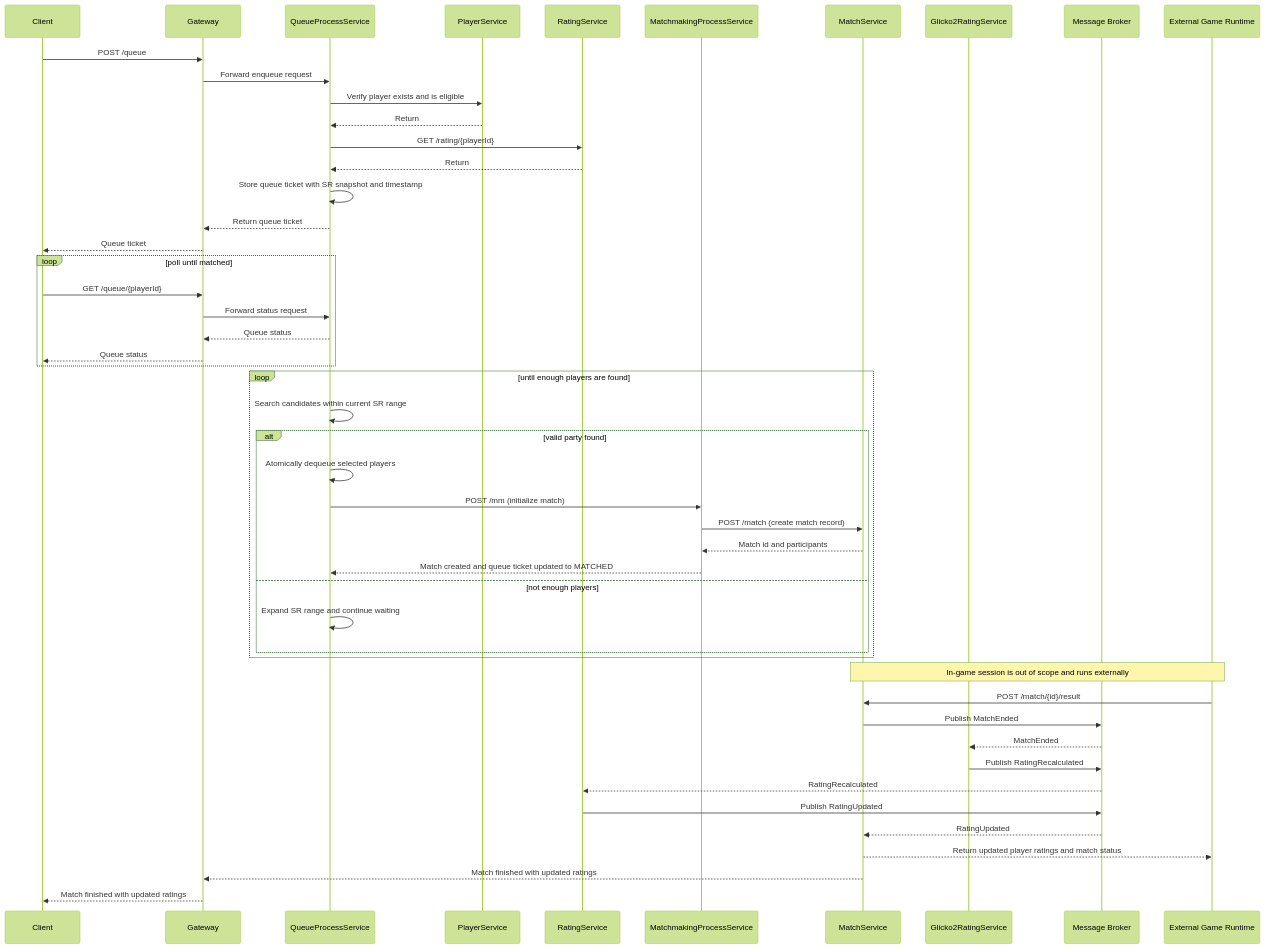
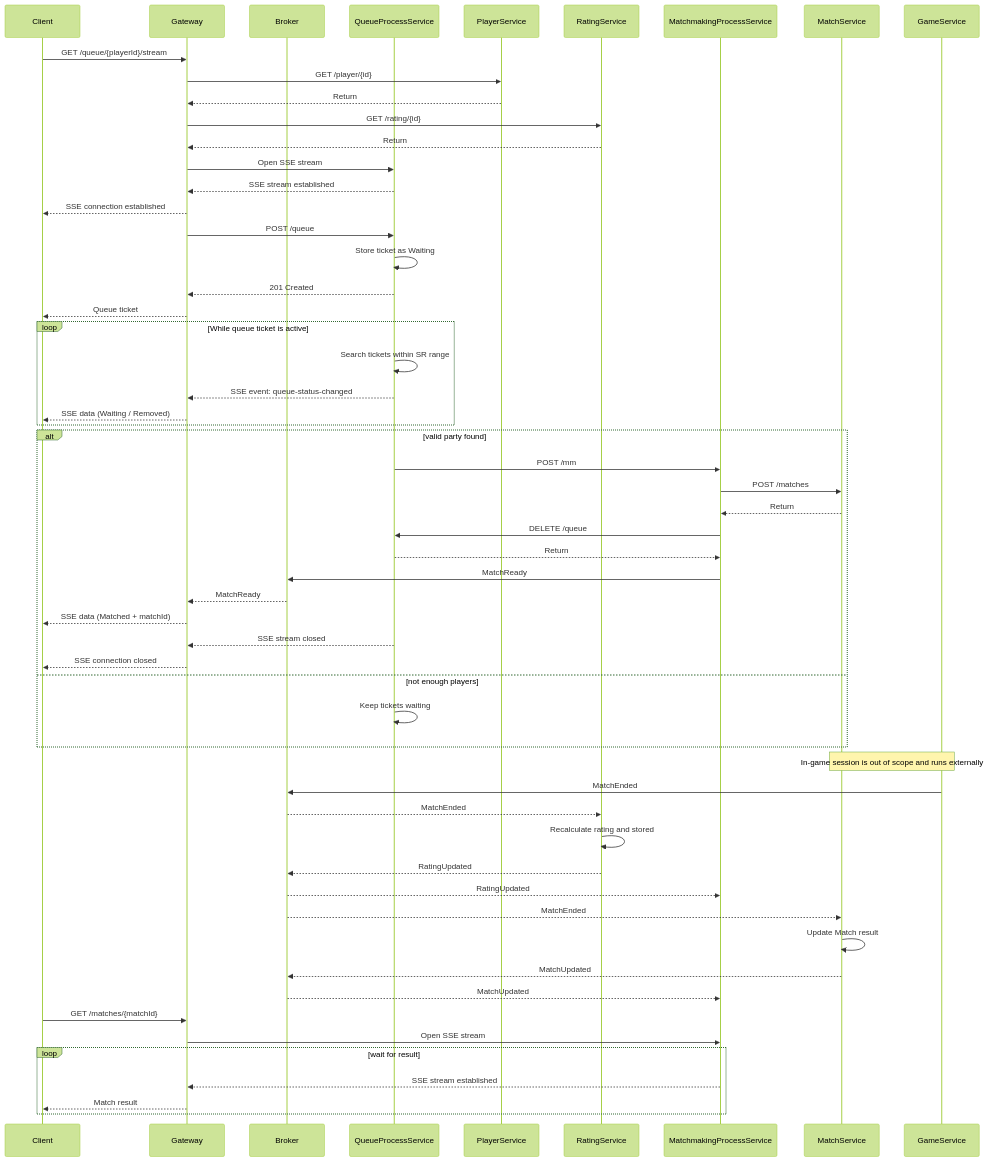
One commit to dpbL5/glicko2-matchmaking-system changed the second of 7 diagrams in docs/analysis-and-design.md. Above: the diagram before and after it, drawn with Mermaid (forest theme). The commit also changed other lines of this file and 1 other file, not shown here.

````diff
--- a/docs/analysis-and-design.md
+++ b/docs/analysis-and-design.md
@@ -177,58 +165,69 @@
 ```mermaid
 sequenceDiagram
     participant Client
     participant Gateway
+    participant Broker
     participant QueueProcessService
     participant PlayerService
     participant RatingService
     participant MatchmakingProcessService
     participant MatchService
-    participant Glicko2RatingService
-    participant Broker as Message Broker
-    participant GameServer as External Game Runtime
+    participant GameServer as GameService  
 
-    Client->>Gateway: POST /queue
-    Gateway->>QueueProcessService: Forward enqueue request
-    QueueProcessService->>PlayerService: Verify player exists and is eligible
-    PlayerService-->>QueueProcessService: Return
-    QueueProcessService->>RatingService: GET /rating/{playerId}
-    RatingService-->>QueueProcessService: Return
-    QueueProcessService->>QueueProcessService: Store queue ticket with SR snapshot and timestamp
-    QueueProcessService-->>Gateway: Return queue ticket
-    Gateway-->>Client: Queue ticket
+    Client->>Gateway: GET /queue/{playerId}/stream
+    Gateway->>PlayerService: GET /player/{id}
+    PlayerService-->>Gateway: Return
 
-    loop poll until matched
-        Client->>Gateway: GET /queue/{playerId}
-        Gateway->>QueueProcessService: Forward status request
-        QueueProcessService-->>Gateway: Queue status
-        Gateway-->>Client: Queue status
+    Gateway->>RatingService: GET /rating/{id}
+    RatingService-->>Gateway: Return
+    Gateway->>QueueProcessService: Open SSE stream
+    QueueProcessService-->>Gateway: SSE stream established
+    Gateway-->>Client: SSE connection established
+    
+    Gateway->>QueueProcessService: POST /queue
+    QueueProcessService->>QueueProcessService: Store ticket as Waiting
+    QueueProcessService-->>Gateway: 201 Created
+    Gateway-->>Client: Queue ticket 
+
+
+    loop While queue ticket is active
+        QueueProcessService->>QueueProcessService: Search tickets within SR range
+        QueueProcessService-->>Gateway: SSE event: queue-status-changed
+        Gateway-->>Client: SSE data (Waiting / Removed)
     end
 
-    loop until enough players are found
-        QueueProcessService->>QueueProcessService: Search candidates within current SR range
-        alt valid party found
-            QueueProcessService->>QueueProcessService: Atomically dequeue selected players
-            QueueProcessService->>MatchmakingProcessService: POST /mm (initialize match)
-            MatchmakingProcessService->>MatchService: POST /match (create match record)
-            MatchService-->>MatchmakingProcessService: Match id and participants
-            MatchmakingProcessService-->>QueueProcessService: Match created and queue ticket updated to MATCHED
-        else not enough players
-            QueueProcessService->>QueueProcessService: Expand SR range and continue waiting
-        end
+    alt valid party found
+        QueueProcessService->>MatchmakingProcessService: POST /mm
+        MatchmakingProcessService->>MatchService: POST /matches
+        MatchService-->>MatchmakingProcessService: Return
+        MatchmakingProcessService->>QueueProcessService: DELETE /queue
+        QueueProcessService-->>MatchmakingProcessService: Return
+
+        MatchmakingProcessService->>Broker: MatchReady
+        Broker-->>Gateway: MatchReady
+        Gateway-->>Client: SSE data (Matched + matchId)
+        QueueProcessService-->>Gateway: SSE stream closed
+        Gateway-->>Client: SSE connection closed
+    else not enough players
+        QueueProcessService->>QueueProcessService: Keep tickets waiting
     end
 
     Note over GameServer,MatchService: In-game session is out of scope and runs externally
-    GameServer->>MatchService: POST /match/{id}/result
-    MatchService->>Broker: Publish MatchEnded
-    Broker-->>Glicko2RatingService: MatchEnded
-    Glicko2RatingService->>Broker: Publish RatingRecalculated
-    Broker-->>RatingService: RatingRecalculated
-    RatingService->>Broker: Publish RatingUpdated
-    Broker-->>MatchService: RatingUpdated
-    MatchService-->>GameServer: Return updated player ratings and match status
-    MatchService-->>Gateway: Match finished with updated ratings
-    Gateway-->>Client: Match finished with updated ratings
-
-    
+    GameServer->>Broker: MatchEnded
+    Broker-->>RatingService: MatchEnded
+    RatingService->>RatingService: Recalculate rating and stored
+    RatingService-->>Broker: RatingUpdated
+    Broker-->>MatchmakingProcessService: RatingUpdated
+    Broker-->>MatchService: MatchEnded
+    MatchService->>MatchService: Update Match result
+    MatchService-->>Broker: MatchUpdated
+    Broker-->>MatchmakingProcessService: MatchUpdated
+   
+    Client->>Gateway: GET /matches/{matchId}
+    Gateway->>MatchmakingProcessService: Open SSE stream
+    loop wait for result
+        MatchmakingProcessService-->>Gateway: SSE stream established
+        Gateway-->>Client: Match result
+    end
 
 ```
````
